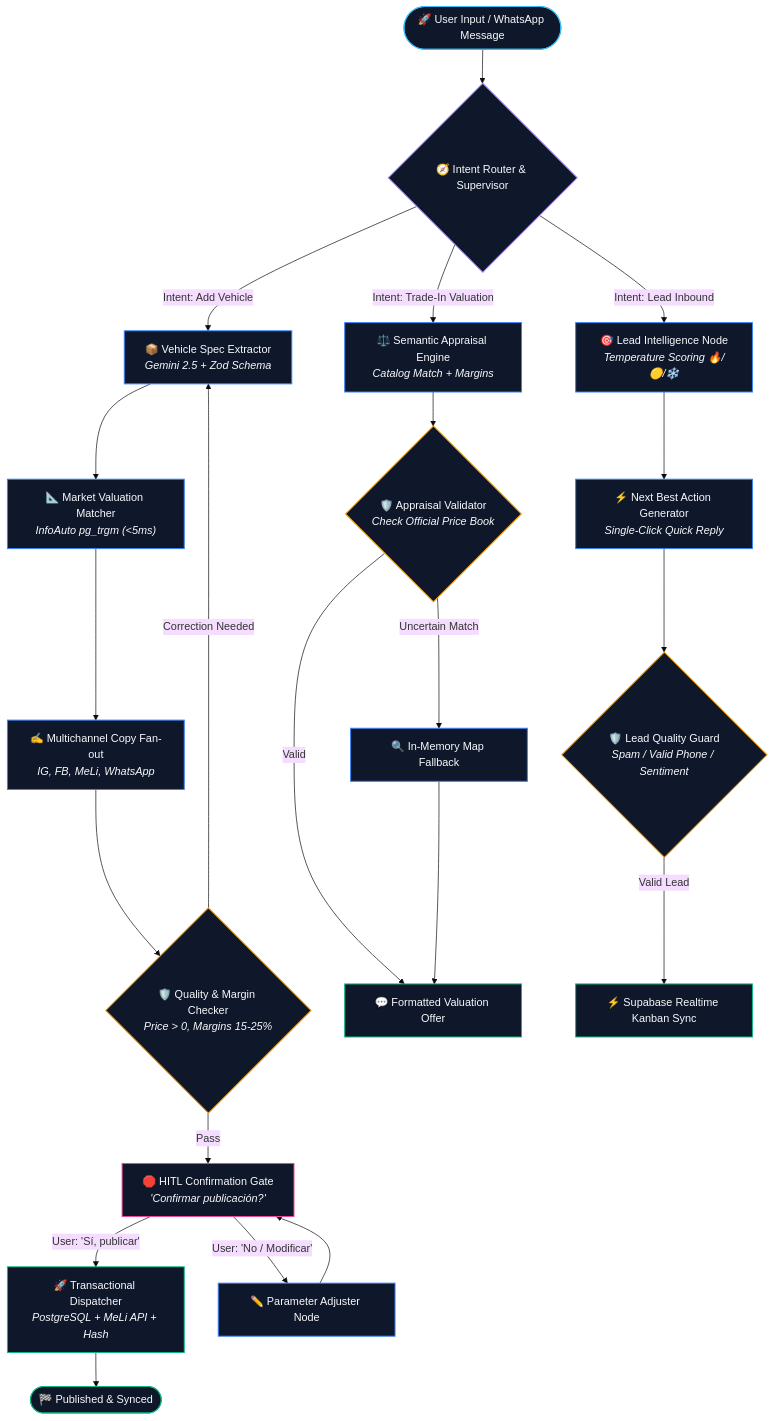
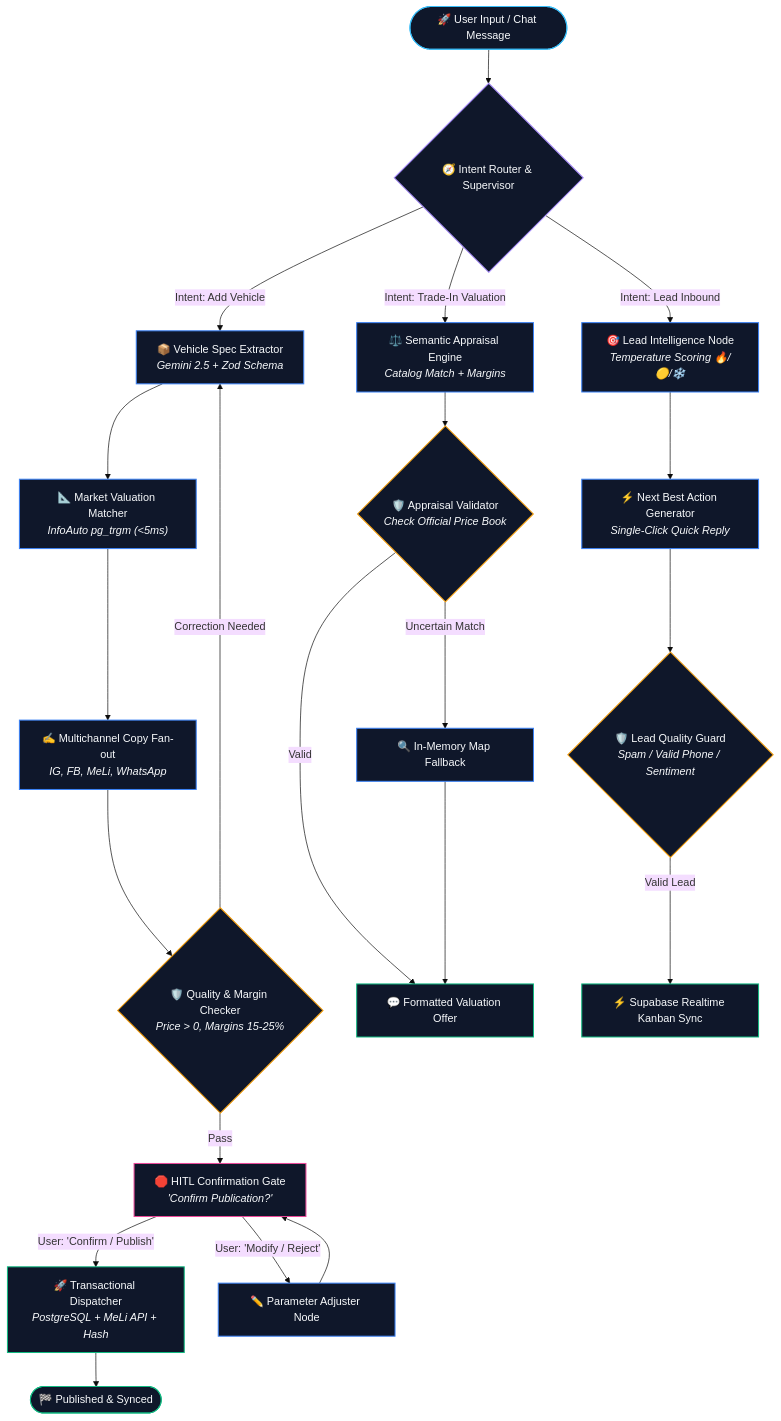
Before and after one commit to thomasskarp/autoapp: the diagram in AGENT_GRAPH.md, drawn with Mermaid (base theme). The commit also changed other lines of this file, not shown here.

````diff
--- a/AGENT_GRAPH.md
+++ b/AGENT_GRAPH.md
@@ -20,40 +20,40 @@
 ```mermaid
 flowchart TD
     classDef start fill:#0f172a,stroke:#38bdf8,stroke-width:1.5px,color:#f8fafc;
     classDef router fill:#0f172a,stroke:#a78bfa,stroke-width:1.5px,color:#f8fafc;
     classDef worker fill:#0f172a,stroke:#3b82f6,stroke-width:1.5px,color:#f8fafc;
     classDef checker fill:#0f172a,stroke:#f59e0b,stroke-width:1.5px,color:#f8fafc;
     classDef hitl fill:#0f172a,stroke:#ec4899,stroke-width:1.5px,color:#f8fafc;
     classDef sink fill:#0f172a,stroke:#10b981,stroke-width:1.5px,color:#f8fafc;
 
-    START(["🚀 User Input / WhatsApp Message"]):::start --> ROUTER{"🧭 Intent Router & Supervisor"}:::router
+    START(["🚀 User Input / Chat Message"]):::start --> ROUTER{"🧭 Intent Router & Supervisor"}:::router
 
-    %% Subgrafo de Ingesta y Creación de Stock
+    %% Stock Ingestion Subgraph
     ROUTER -->|"Intent: Add Vehicle"| PARSER["📦 Vehicle Spec Extractor<br/><i>Gemini 2.5 + Zod Schema</i>"]:::worker
     PARSER --> VALUATOR["📐 Market Valuation Matcher<br/><i>InfoAuto pg_trgm (<5ms)</i>"]:::worker
     VALUATOR --> COPY_GEN["✍️ Multichannel Copy Fan-out<br/><i>IG, FB, MeLi, WhatsApp</i>"]:::worker
     
-    %% Validador Independiente (Checker)
+    %% Independent Checker Gate
     COPY_GEN --> STOCK_CHECKER{"🛡️ Quality & Margin Checker<br/><i>Price > 0, Margins 15-25%</i>"}:::checker
-    STOCK_CHECKER -->|"Pass"| HITL_STOCK["🛑 HITL Confirmation Gate<br/><i>'Confirmar publicación?'</i>"]:::hitl
+    STOCK_CHECKER -->|"Pass"| HITL_STOCK["🛑 HITL Confirmation Gate<br/><i>'Confirm Publication?'</i>"]:::hitl
     STOCK_CHECKER -->|"Correction Needed"| PARSER
 
-    %% Subgrafo de Tasación de Permutas
+    %% Trade-In Valuation Subgraph
     ROUTER -->|"Intent: Trade-In Valuation"| APPRAISAL["⚖️ Semantic Appraisal Engine<br/><i>Catalog Match + Margins</i>"]:::worker
     APPRAISAL --> APPRAISAL_CHECKER{"🛡️ Appraisal Validator<br/><i>Check Official Price Book</i>"}:::checker
     APPRAISAL_CHECKER -->|"Valid"| APPRAISAL_REPLY["💬 Formatted Valuation Offer"]:::sink
     APPRAISAL_CHECKER -->|"Uncertain Match"| FUZZY_FALLBACK["🔍 In-Memory Map Fallback"]:::worker
     FUZZY_FALLBACK --> APPRAISAL_REPLY
 
-    %% Subgrafo de Inteligencia de Prospectos (CRM)
+    %% CRM Lead Intelligence Subgraph
     ROUTER -->|"Intent: Lead Inbound"| LEAD_INTEL["🎯 Lead Intelligence Node<br/><i>Temperature Scoring 🔥/🟡/❄️</i>"]:::worker
     LEAD_INTEL --> NBA["⚡ Next Best Action Generator<br/><i>Single-Click Quick Reply</i>"]:::worker
     NBA --> CRM_CHECKER{"🛡️ Lead Quality Guard<br/><i>Spam / Valid Phone / Sentiment</i>"}:::checker
     CRM_CHECKER -->|"Valid Lead"| LEAD_DISPATCH["⚡ Supabase Realtime Kanban Sync"]:::sink
 
-    %% Confirmación Humana y Ejecución
-    HITL_STOCK -->|"User: 'Sí, publicar'"| EXEC_DISPATCH["🚀 Transactional Dispatcher<br/><i>PostgreSQL + MeLi API + Hash</i>"]:::sink
-    HITL_STOCK -->|"User: 'No / Modificar'"| EDIT_NODE["✏️ Parameter Adjuster Node"]:::worker
+    %% Human Confirmation & Transactional Execution
+    HITL_STOCK -->|"User: 'Confirm / Publish'"| EXEC_DISPATCH["🚀 Transactional Dispatcher<br/><i>PostgreSQL + MeLi API + Hash</i>"]:::sink
+    HITL_STOCK -->|"User: 'Modify / Reject'"| EDIT_NODE["✏️ Parameter Adjuster Node"]:::worker
     EDIT_NODE --> HITL_STOCK
     EXEC_DISPATCH --> TERMINAL(["🏁 Published & Synced"]):::sink
 ```
````
